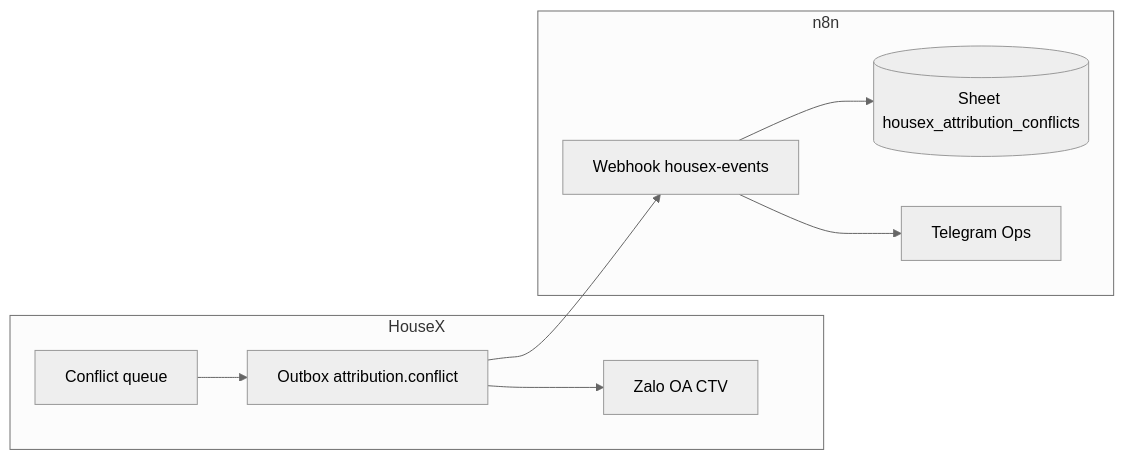
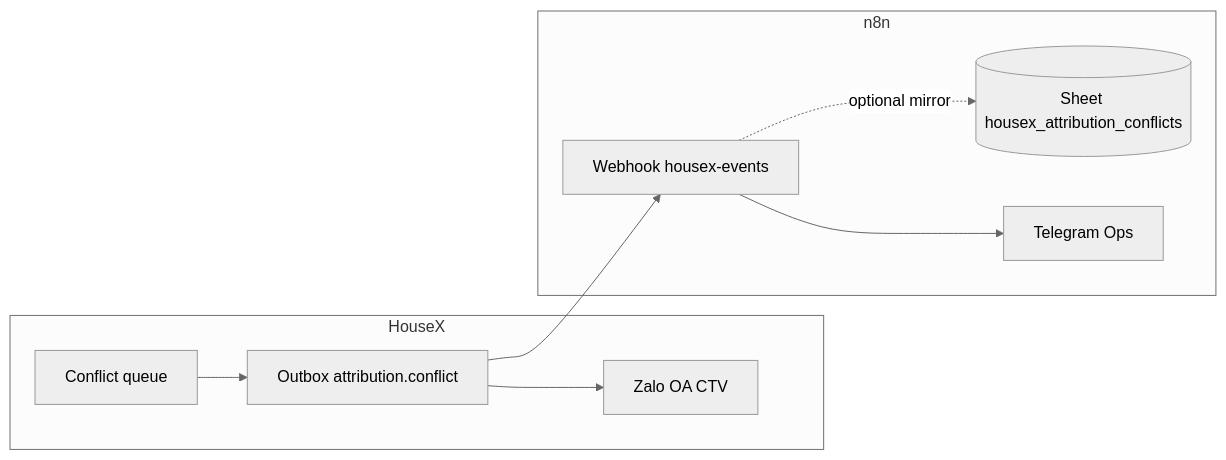
The third of 4 diagrams in n8n-workflows/HOUSEX_NOXH_LEAD_ROUTING.md (VMD-Hub/Magnix-automation), drawn with Mermaid (neutral theme) before and after one commit. The commit also changed other lines of this file and 83 other files, not shown here.

````diff
--- a/n8n-workflows/HOUSEX_NOXH_LEAD_ROUTING.md
+++ b/n8n-workflows/HOUSEX_NOXH_LEAD_ROUTING.md
@@ -151,12 +159,12 @@
 ```mermaid
 flowchart LR
   subgraph HouseX
     C[Conflict queue] --> OB[Outbox attribution.conflict]
     OB --> OA[Zalo OA CTV]
   end
   subgraph n8n
     OB --> WH[Webhook housex-events]
-    WH --> CF[(Sheet housex_attribution_conflicts)]
+    WH -. optional mirror .-> CF[(Sheet housex_attribution_conflicts)]
     WH --> TG[Telegram Ops]
   end
 ```
````
